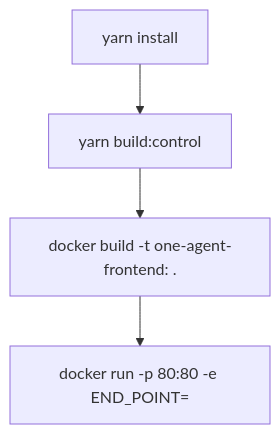
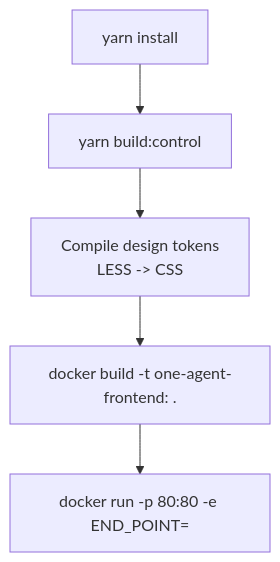
One commit to alibaba/tron-one-agent changed the ninth of 9 diagrams in .qoder/repowiki/en/content/Frontend Architecture/Frontend Architecture.md. Above: the diagram before and after it, drawn with Mermaid. The commit also changed other lines of this file and 13 other files, not shown here.

````diff
--- a/.qoder/repowiki/en/content/Frontend Architecture/Frontend Architecture.md
+++ b/.qoder/repowiki/en/content/Frontend Architecture/Frontend Architecture.md
@@ -545,6 +538,7 @@
 ```mermaid
 flowchart TD
 DevStart["yarn install"] --> BuildCtrl["yarn build:control"]
-BuildCtrl --> DockerBuild["docker build -t one-agent-frontend:<tag> ."]
+BuildCtrl --> CompileTokens["Compile design tokens<br/>LESS -> CSS"]
+CompileTokens --> DockerBuild["docker build -t one-agent-frontend:<tag> ."]
 DockerBuild --> RunContainer["docker run -p 80:80 -e END_POINT=<host:port>"]
 ```
````
